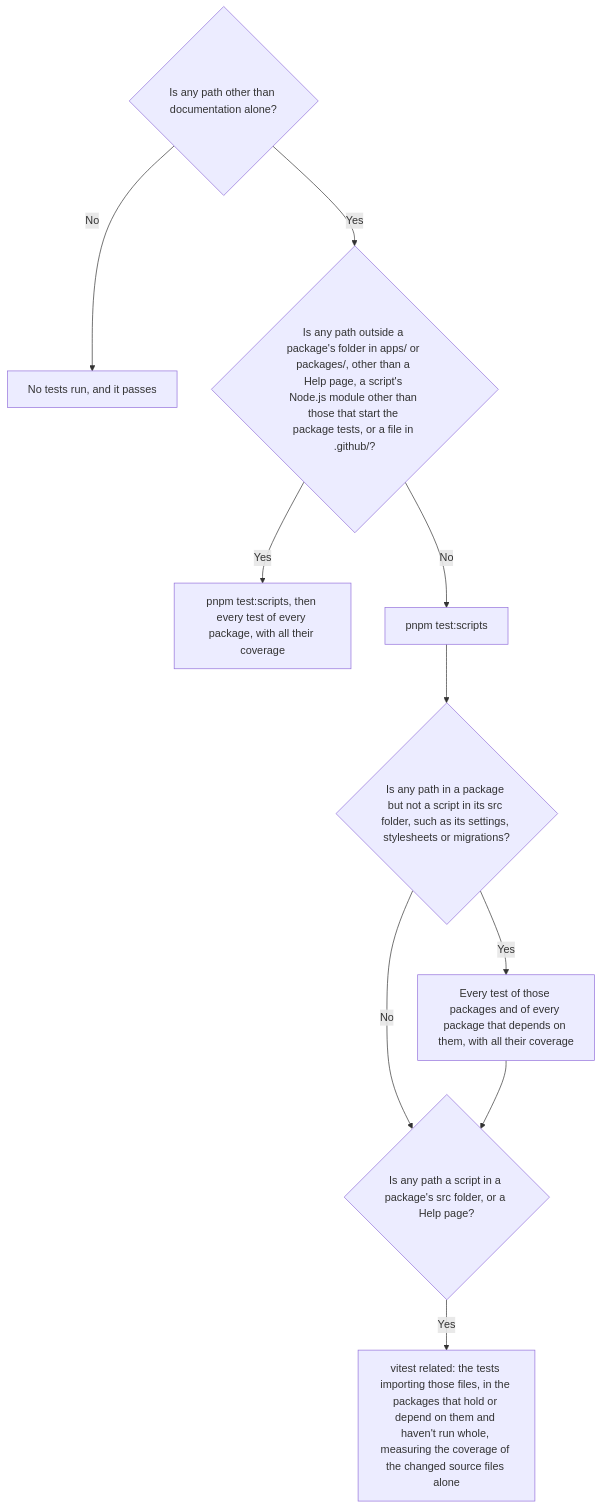
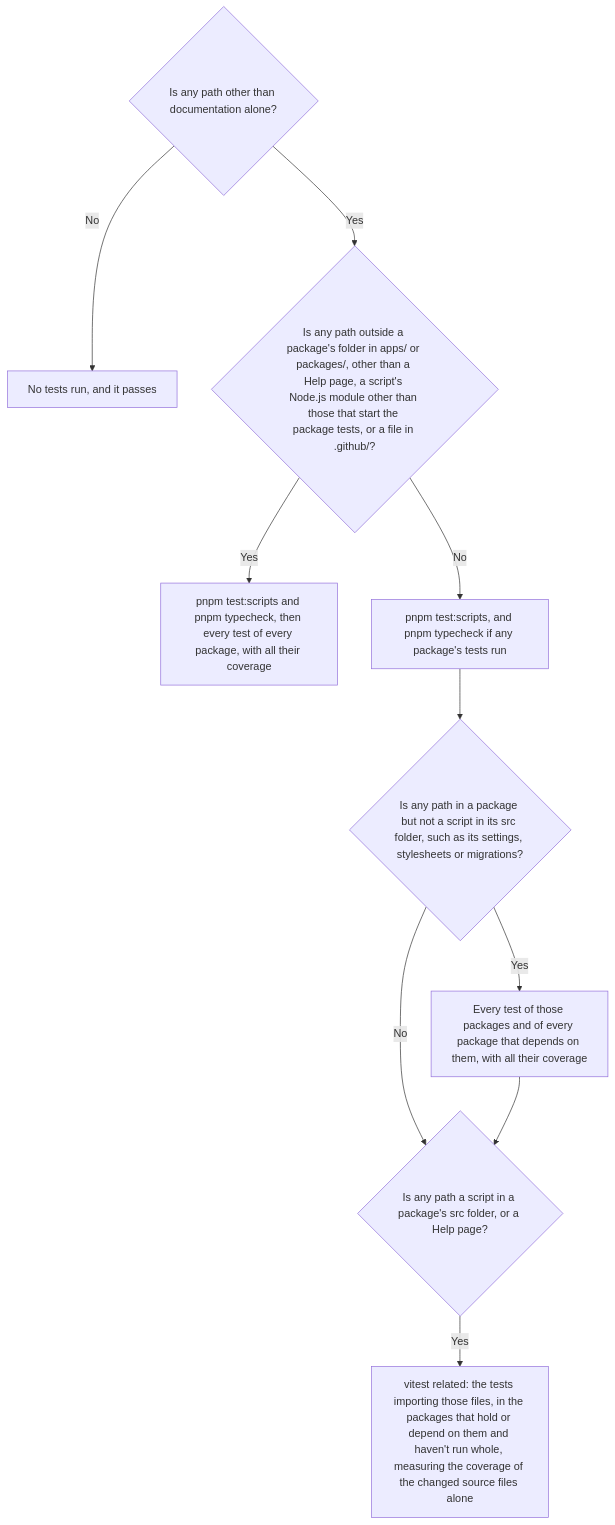
The first of 11 diagrams in docs/design/checks-and-ci.md (ribbitworks/fathom), drawn with Mermaid before and after one commit. The commit also changed other lines of this file and 6 other files, not shown here.

````diff
--- a/docs/design/checks-and-ci.md
+++ b/docs/design/checks-and-ci.md
@@ -20,13 +20,13 @@
 ```mermaid
 flowchart TD
     AnyCode{"Is any path other than documentation alone?"}
     AnyCode -- No --> NoTests["No tests run, and it passes"]
     AnyCode -- Yes --> Outside{"Is any path outside a package's folder in apps/ or packages/, other than a Help page, a script's Node.js module other than those that start the package tests, or a file in .github/?"}
-    Outside -- Yes --> Everything["pnpm test:scripts, then every test of every package, with all their coverage"]
-    Outside -- No --> Scripts["pnpm test:scripts"]
+    Outside -- Yes --> Everything["pnpm test:scripts and pnpm typecheck, then every test of every package, with all their coverage"]
+    Outside -- No --> Scripts["pnpm test:scripts, and pnpm typecheck if any package's tests run"]
     Scripts --> Whole{"Is any path in a package but not a script in its src folder, such as its settings, stylesheets or migrations?"}
     Whole -- Yes --> WholePackages["Every test of those packages and of every package that depends on them, with all their coverage"]
     Whole -- No --> Imported
     WholePackages --> Imported{"Is any path a script in a package's src folder, or a Help page?"}
     Imported -- Yes --> Related["vitest related: the tests importing those files, in the packages that hold or depend on them and haven't run whole, measuring the coverage of the changed source files alone"]
 ```
````
